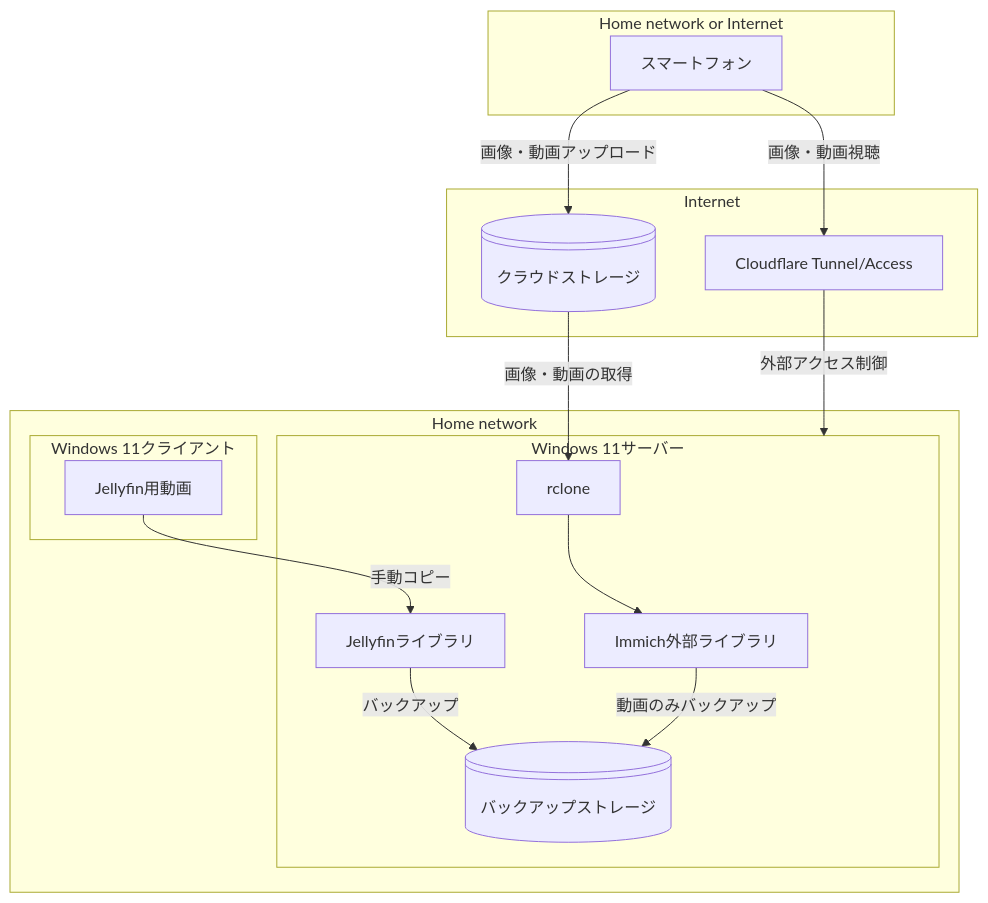
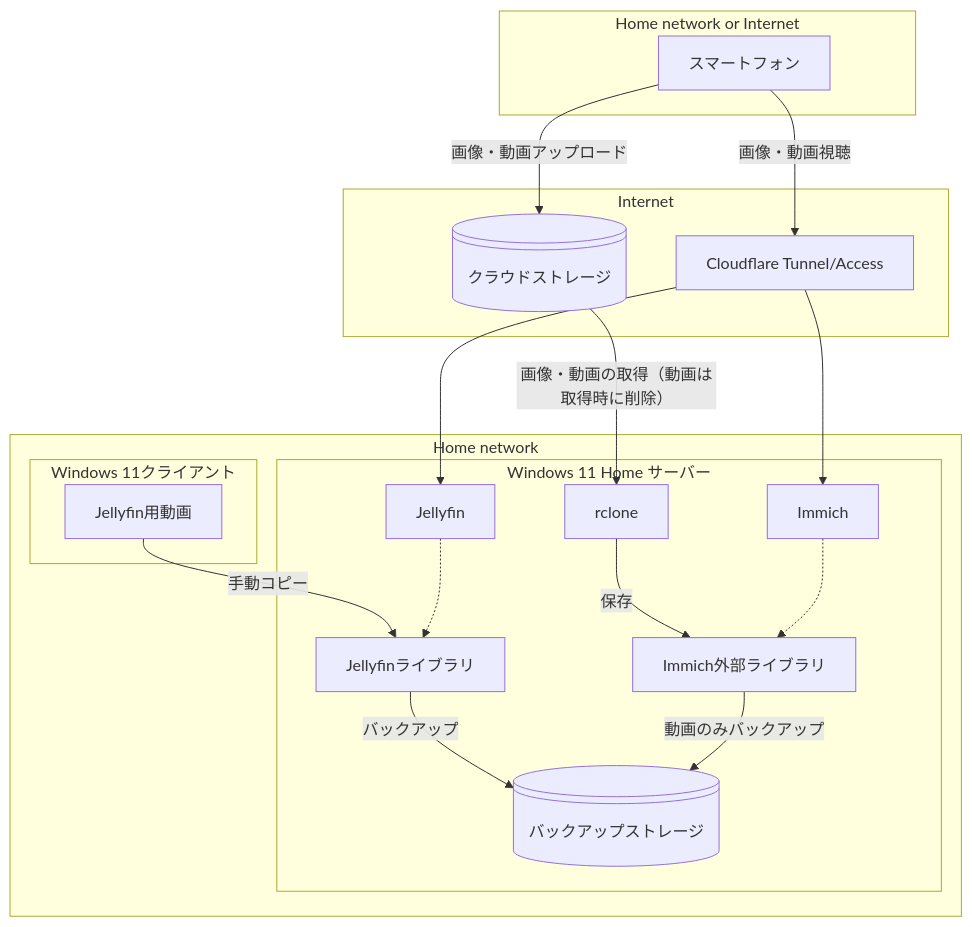
One commit to nuitsjp/ManageMediaServer changed the first of 2 diagrams in README.md. Above: the diagram before and after it, drawn with Mermaid. The commit also changed other lines of this file, not shown here.

Commit message:
README.mdの内容を更新し、データフローや主要コンポーネントの説明を明確化。Mermaid図を修正し、システムの構成を詳細に示すように改善。

````diff
--- a/README.md
+++ b/README.md
@@ -19,35 +21,42 @@
 ```mermaid
 flowchart TB
 
-    subgraph K[Home network]
+    subgraph HomeNetwork[Home network]
         subgraph Win11Client[Windows 11クライアント]
-            F[Jellyfin用動画]
+            MovieSource[Jellyfin用動画]
         end
 
-        subgraph H[Windows 11サーバー]
-            C[Immich外部ライブラリ]
-            D@{ shape: lin-cyl, label: "バックアップストレージ" }
-            G
+        subgraph MediaServer[Windows 11 Home サーバー]
+            ImmichLibrary[Immich外部ライブラリ]
+            BackupStorage@{ shape: lin-cyl, label: "バックアップストレージ" }
+            JellyfinLib[Jellyfinライブラリ]
             rclone
+            Immich
+            Jellyfin
         end
     end
 
 
-    subgraph M[Home network or Internet]
-        A[スマートフォン]
+    subgraph ClientNetwork[Home network or Internet]
+        Smartphone[スマートフォン]
     end
 
-    subgraph L[Internet]
+    subgraph InternetServices[Internet]
         CloudStrage@{ shape: lin-cyl, label: "クラウドストレージ" }
-        I[Cloudflare Tunnel/Access]
-        CloudStrage --画像・動画の取得--> rclone
+        CloudflareTunnel[Cloudflare Tunnel/Access]
     end
  
-    A -- 画像・動画視聴 --> I
-    A -- 画像・動画アップロード --> CloudStrage
-    F[Jellyfin用動画] -- 手動コピー --> G[Jellyfinライブラリ]
-    G -- バックアップ --> D
-    C -- 動画のみバックアップ --> D
-    rclone --> C
-    I[Cloudflare Tunnel/Access] -- 外部アクセス制御 --> H
+    Smartphone -- 画像・動画視聴 --> CloudflareTunnel
+    Smartphone -- 画像・動画アップロード --> CloudStrage
+
+    MovieSource -- 手動コピー --> JellyfinLib
+    JellyfinLib -- バックアップ --> BackupStorage
+    ImmichLibrary -- 動画のみバックアップ --> BackupStorage
+    CloudStrage --画像・動画の取得（動画は取得時に削除）--> rclone
+    rclone --保存--> ImmichLibrary
+    CloudflareTunnel --> Immich
+    CloudflareTunnel --> Jellyfin
+
+    Immich -.-> ImmichLibrary
+    Jellyfin -.-> JellyfinLib
 ```
````
